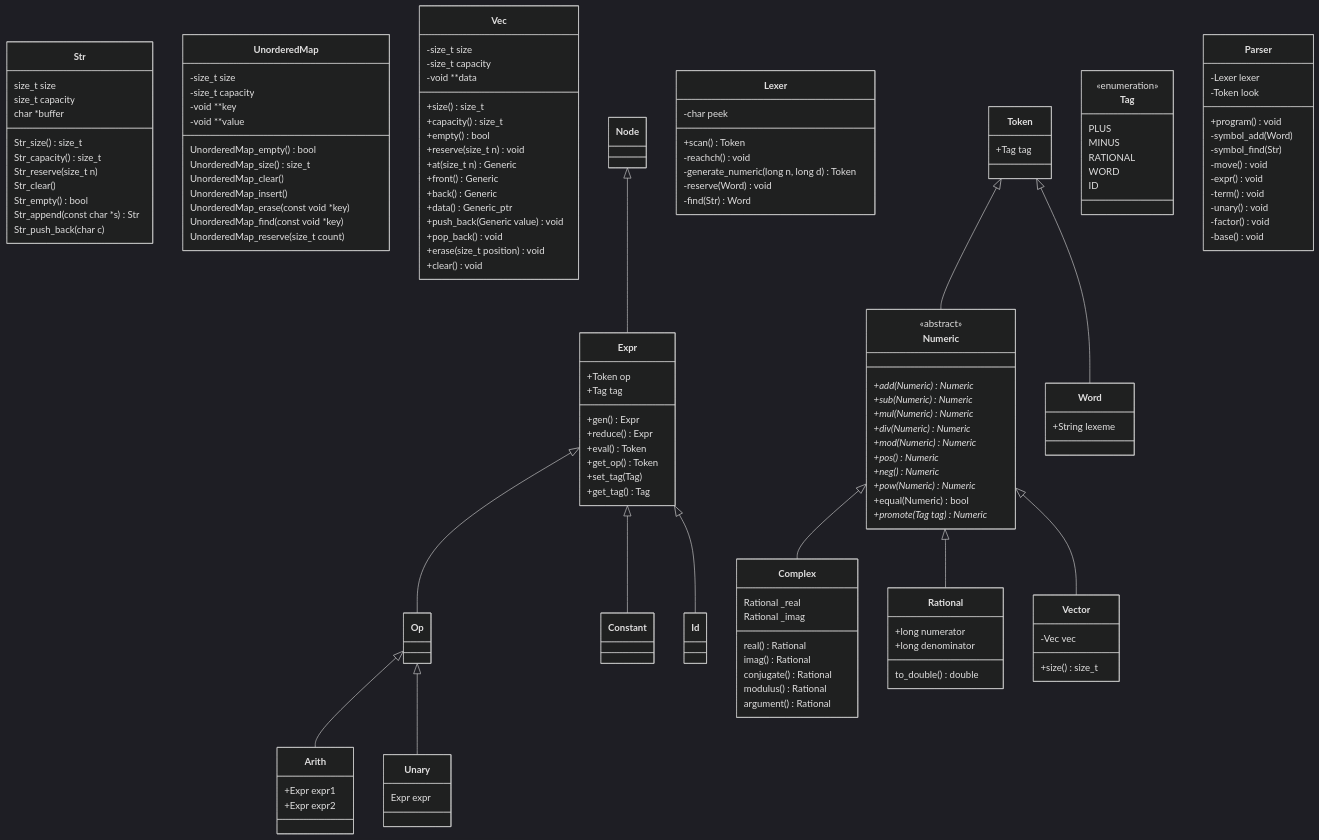
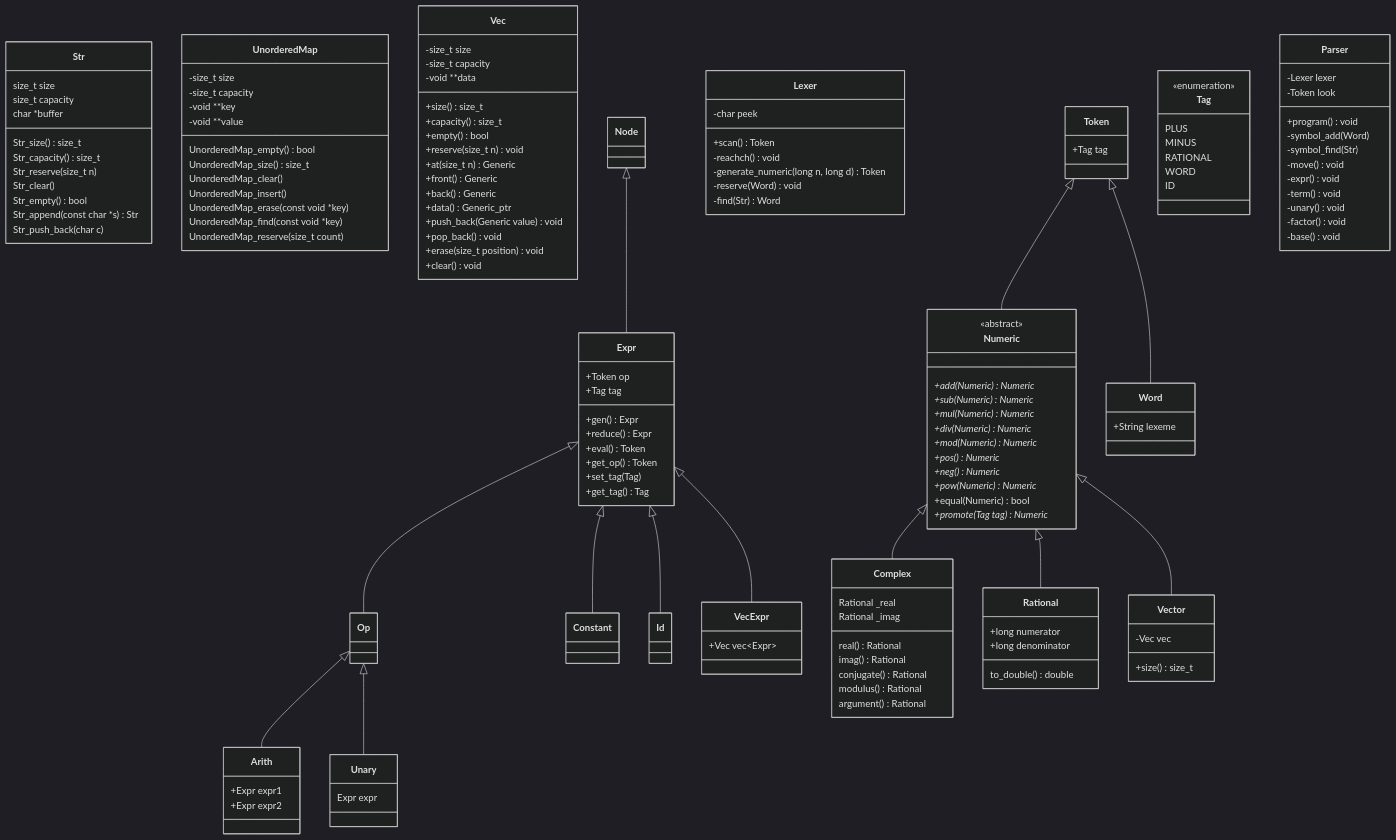
The diagram in diagram.md (nwhean/42_computorv), drawn with Mermaid (dark theme) before and after one commit. The commit also changed 7 other files, not shown here.

```diff
--- a/diagram.md
+++ b/diagram.md
@@ -78,6 +78,12 @@
 
 	class Unary {
 		Expr expr
+	}
+
+	Expr <|-- VecExpr
+
+	class VecExpr {
+		+Vec vec~Expr~
 	}
 
 
```
